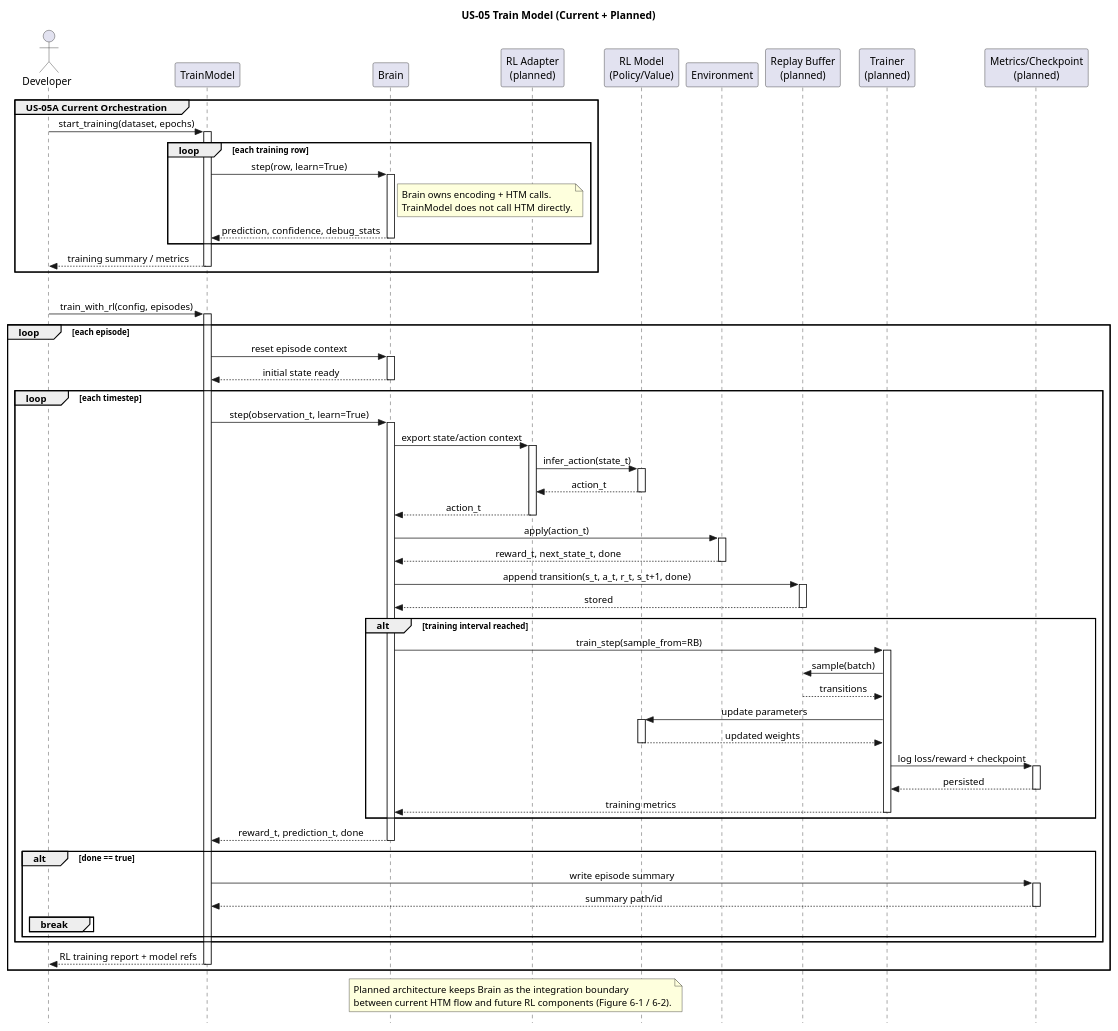
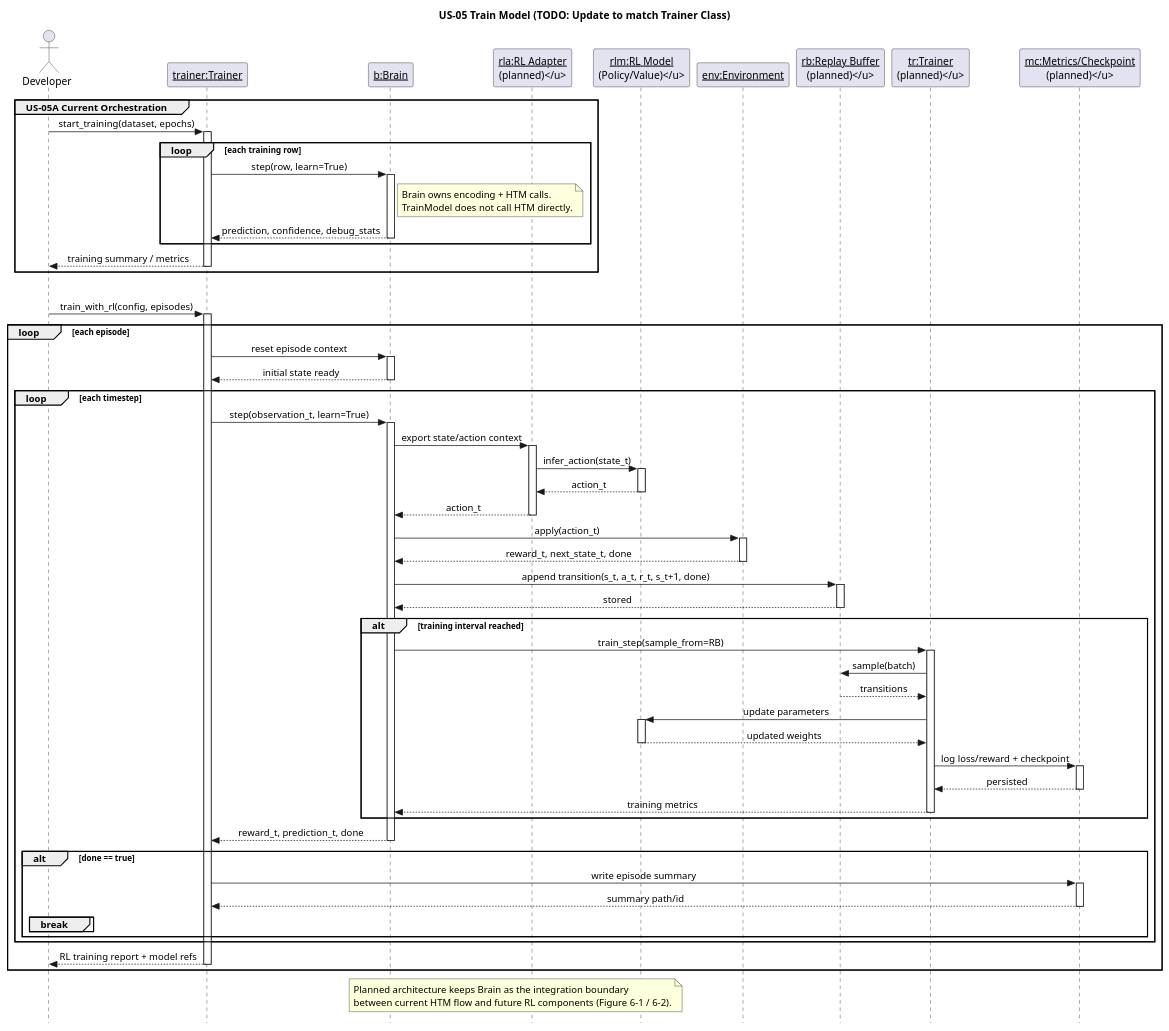
One commit to egrembocki/htmrl changed the diagram in docs/puml/US/us-05.puml. Above: the diagram before and after it, drawn with PlantUML. The commit also changed 8 other files, not shown here.

```diff
--- a/docs/puml/US/us-05.puml
+++ b/docs/puml/US/us-05.puml
@@ -1,108 +1,108 @@
 @startuml
 skinparam style strictuml
 skinparam sequenceMessageAlign center
 skinparam responseMessageBelowArrow true
 
-title US-05 Train Model (Current + Planned)
+title US-05 Train Model (TODO: Update to match Trainer Class)
 
 actor Developer as D
-participant "TrainModel" as TM
-participant "Brain" as B
-participant "RL Adapter\n(planned)" as RLA
-participant "RL Model\n(Policy/Value)" as RLM
-participant "Environment" as ENV
-participant "Replay Buffer\n(planned)" as RB
-participant "Trainer\n(planned)" as TR
-participant "Metrics/Checkpoint\n(planned)" as MC
+participant "<u>trainer:Trainer</u>" as TM
+participant "<u>b:Brain</u>" as B
+participant "<u>rla:RL Adapter\n(planned)</u>" as RLA
+participant "<u>rlm:RL Model\n(Policy/Value)</u>" as RLM
+participant "<u>env:Environment</u>" as ENV
+participant "<u>rb:Replay Buffer\n(planned)</u>" as RB
+participant "<u>tr:Trainer\n(planned)</u>" as TR
+participant "<u>mc:Metrics/Checkpoint\n(planned)</u>" as MC
 
 group US-05A Current Orchestration
   D -> TM: start_training(dataset, epochs)
   activate TM
 
   loop each training row
     TM -> B: step(row, learn=True)
     activate B
     note right of B
       Brain owns encoding + HTM calls.
       TrainModel does not call HTM directly.
     end note
 
     B --> TM: prediction, confidence, debug_stats
     deactivate B
   end
 
   TM --> D: training summary / metrics
   deactivate TM
 end
 
 group US-05B Planned RL Training Loop (Brain as RL Interface)
   D -> TM: train_with_rl(config, episodes)
   activate TM
 
   loop each episode
     TM -> B: reset episode context
     activate B
     B --> TM: initial state ready
     deactivate B
 
     loop each timestep
       TM -> B: step(observation_t, learn=True)
       activate B
       B -> RLA: export state/action context
       activate RLA
       RLA -> RLM: infer_action(state_t)
       activate RLM
       RLM --> RLA: action_t
       deactivate RLM
       RLA --> B: action_t
       deactivate RLA
 
       B -> ENV: apply(action_t)
       activate ENV
       ENV --> B: reward_t, next_state_t, done
       deactivate ENV
 
       B -> RB: append transition(s_t, a_t, r_t, s_t+1, done)
       activate RB
       RB --> B: stored
       deactivate RB
 
       alt training interval reached
         B -> TR: train_step(sample_from=RB)
         activate TR
         TR -> RB: sample(batch)
         RB --> TR: transitions
         TR -> RLM: update parameters
         activate RLM
         RLM --> TR: updated weights
         deactivate RLM
         TR -> MC: log loss/reward + checkpoint
         activate MC
         MC --> TR: persisted
         deactivate MC
         TR --> B: training metrics
         deactivate TR
       end
 
       B --> TM: reward_t, prediction_t, done
       deactivate B
 
       alt done == true
         TM -> MC: write episode summary
         activate MC
         MC --> TM: summary path/id
         deactivate MC
         break
       end
     end
   end
 
   TM --> D: RL training report + model refs
   deactivate TM
 end
 
 note over B,RLM
 Planned architecture keeps Brain as the integration boundary
 between current HTM flow and future RL components (Figure 6-1 / 6-2).
 end note
 @enduml
```
